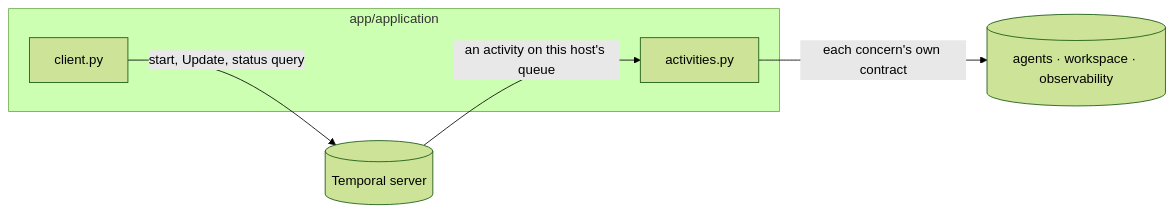
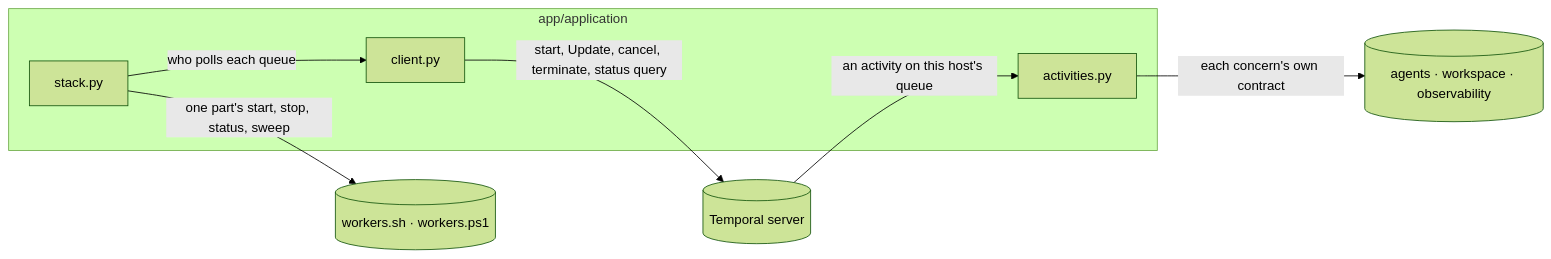
The diagram in app/application/docs/architecture/diagrams/main.md (6r0m/orchestra), drawn with Mermaid (forest theme) before and after one commit. The commit also changed other lines of this file and 66 other files, not shown here.

````diff
--- a/app/application/docs/architecture/diagrams/main.md
+++ b/app/application/docs/architecture/diagrams/main.md
@@ -5,12 +5,16 @@
 ```mermaid
 flowchart LR
     subgraph pkg["app/application"]
         activities["activities.py"]
         client["client.py"]
+        stack["stack.py"]
     end
     temporal_ext[("Temporal server")]
     concerns_ext[("agents · workspace · observability")]
+    scripts_ext[("workers.sh · workers.ps1")]
     activities -->|"each concern's own contract"| concerns_ext
-    client -->|"start, Update, status query"| temporal_ext
+    client -->|"start, Update, cancel, terminate, status query"| temporal_ext
+    stack -->|"who polls each queue"| client
+    stack -->|"one part's start, stop, status, sweep"| scripts_ext
     temporal_ext -->|"an activity on this host's queue"| activities
 ```
````
